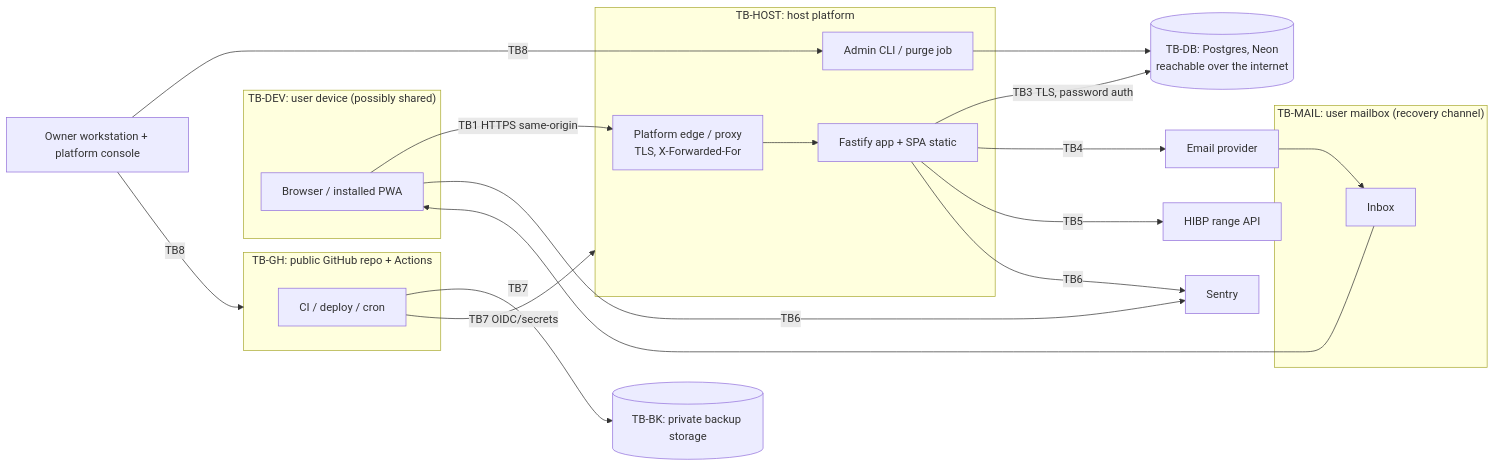
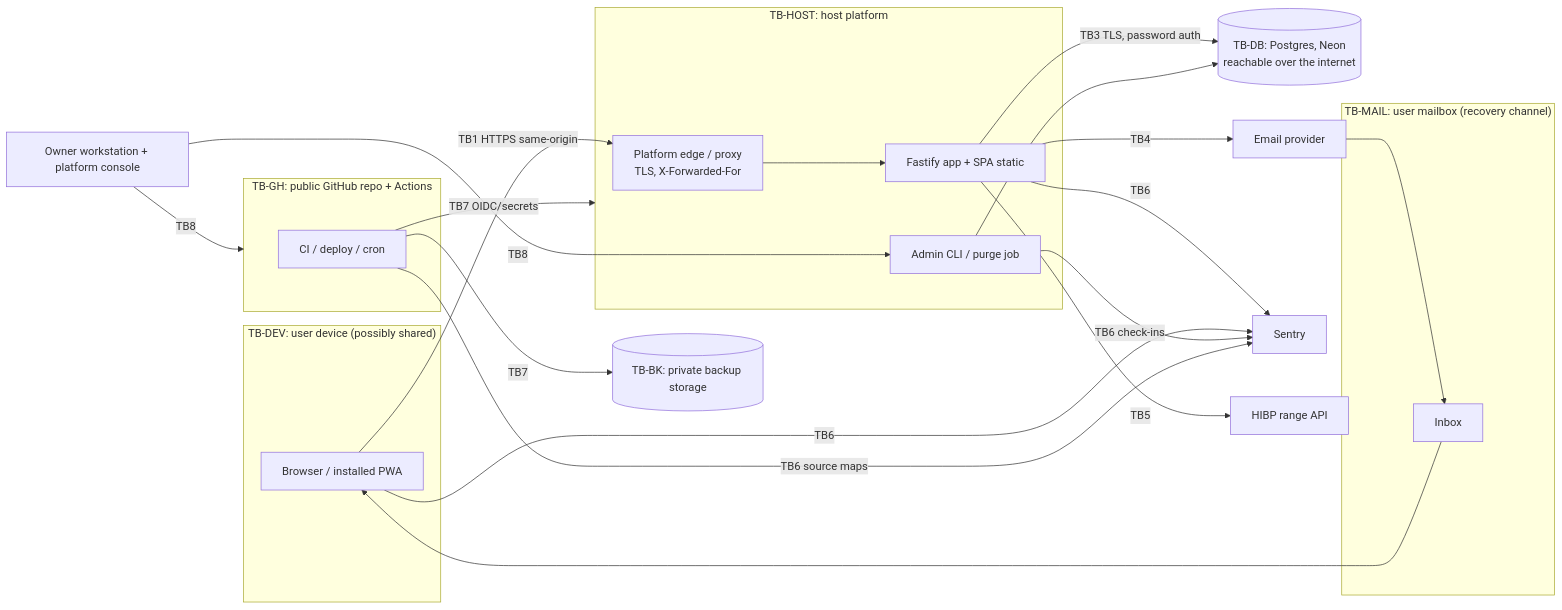
The diagram in docs/security/THREAT_MODEL.md (CameronHardy9/shoestring-budget-app), drawn with Mermaid before and after one commit. The commit also changed other lines of this file and 100 other files, not shown here.

````diff
--- a/docs/security/THREAT_MODEL.md
+++ b/docs/security/THREAT_MODEL.md
@@ -88,34 +88,36 @@
 ```mermaid
 flowchart LR
   subgraph Device["TB-DEV: user device (possibly shared)"]
     B[Browser / installed PWA]
   end
   subgraph Mail["TB-MAIL: user mailbox (recovery channel)"]
     MB[Inbox]
   end
   subgraph Host["TB-HOST: host platform"]
     EDGE[Platform edge / proxy\nTLS, X-Forwarded-For]
     APP[Fastify app + SPA static]
     JOB[Admin CLI / purge job]
   end
   DB[(TB-DB: Postgres, Neon\nreachable over the internet)]
   EP[Email provider]
   SEN[Sentry]
   HIBP[HIBP range API]
   subgraph GH["TB-GH: public GitHub repo + Actions"]
     CI[CI / deploy / cron]
   end
   BK[(TB-BK: private backup storage)]
   OWN[Owner workstation + platform console]
   B -- TB1 HTTPS same-origin --> EDGE --> APP
   APP -- TB3 TLS, password auth --> DB
   JOB --> DB
   APP -- TB4 --> EP --> MB --> B
   APP -- TB5 --> HIBP
   APP -- TB6 --> SEN
   B -- TB6 --> SEN
+  JOB -- TB6 check-ins --> SEN
+  CI -- TB6 source maps --> SEN
   CI -- TB7 OIDC/secrets --> Host
   CI -- TB7 --> BK
   OWN -- TB8 --> JOB
   OWN -- TB8 --> GH
 ```
````
